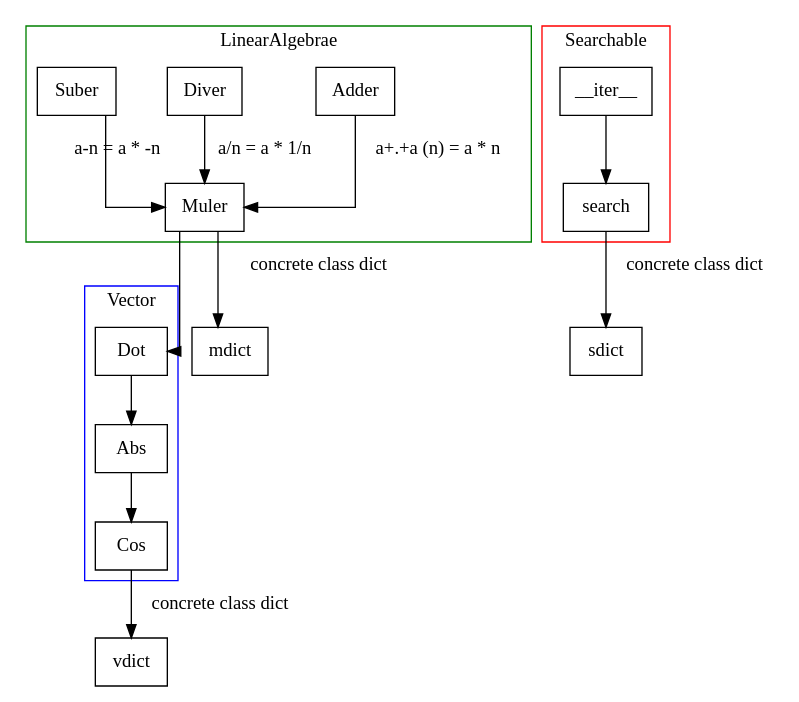
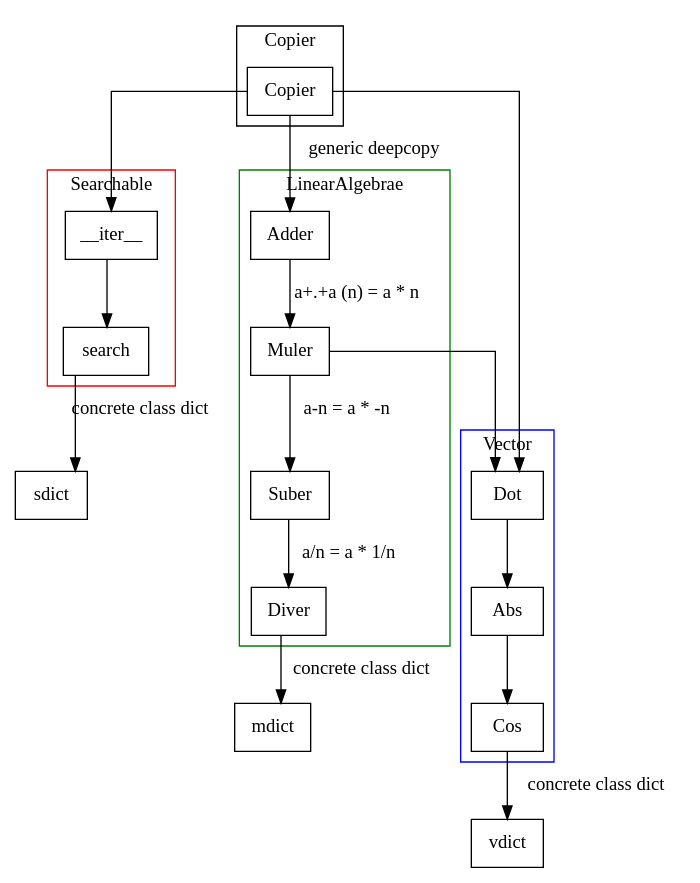
Before and after one commit to jul/archery: the diagram in docs/source/index.rst, drawn with Graphviz. The commit also changed other lines of this file and 13 other files, not shown here.

```diff
--- a/docs/source/index.rst
+++ b/docs/source/index.rst
@@ -28,34 +31,42 @@
 .. graphviz::
 
     digraph G {
         node [ shape=box ];
         splines=ortho;
-
        subgraph cluster_0 {
+           label = "Copier";
+           style=line;
+           color=puprle;
+           Copier;
+       }
+       subgraph cluster_1 {
            label = "LinearAlgebrae";
            style=line;
            color=green;
            Adder -> Muler [label = "a+.+a (n) = a * n"];
-           Diver -> Muler [label = "a/n = a * 1/n" ];
-           Suber -> Muler [label = "a-n = a * -n "];
+           Muler -> Suber [label = "a-n = a * -n "];
+           Suber -> Diver [label = "a/n = a * 1/n" ];
        }
-       subgraph cluster_1 {
+       Copier -> Adder [label = "generic deepcopy"];
+       subgraph cluster_2 {
            Dot -> Abs -> Cos;
            style=line;
            label = "Vector";
            color=blue;
        }
+       Copier -> Dot;
        Muler -> Dot;
        subgraph cluster_3 {
            label = "Searchable";
            color = red;
            iter [ label = "__iter__"];
            iter -> search ;
 
        }
-       Muler ->  mdict [label = "concrete class dict" ];
+       Copier -> iter;
+       Diver ->  mdict [label = "concrete class dict" ];
        Cos -> vdict [label = "concrete class dict" ];
        search -> sdict [label = "concrete class dict" ];
 
 
     }
```
